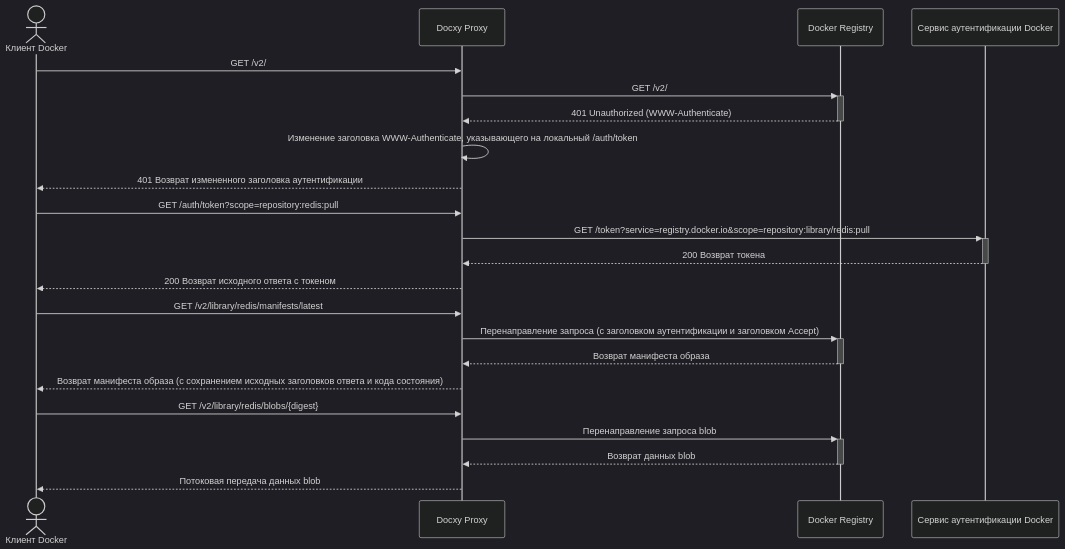
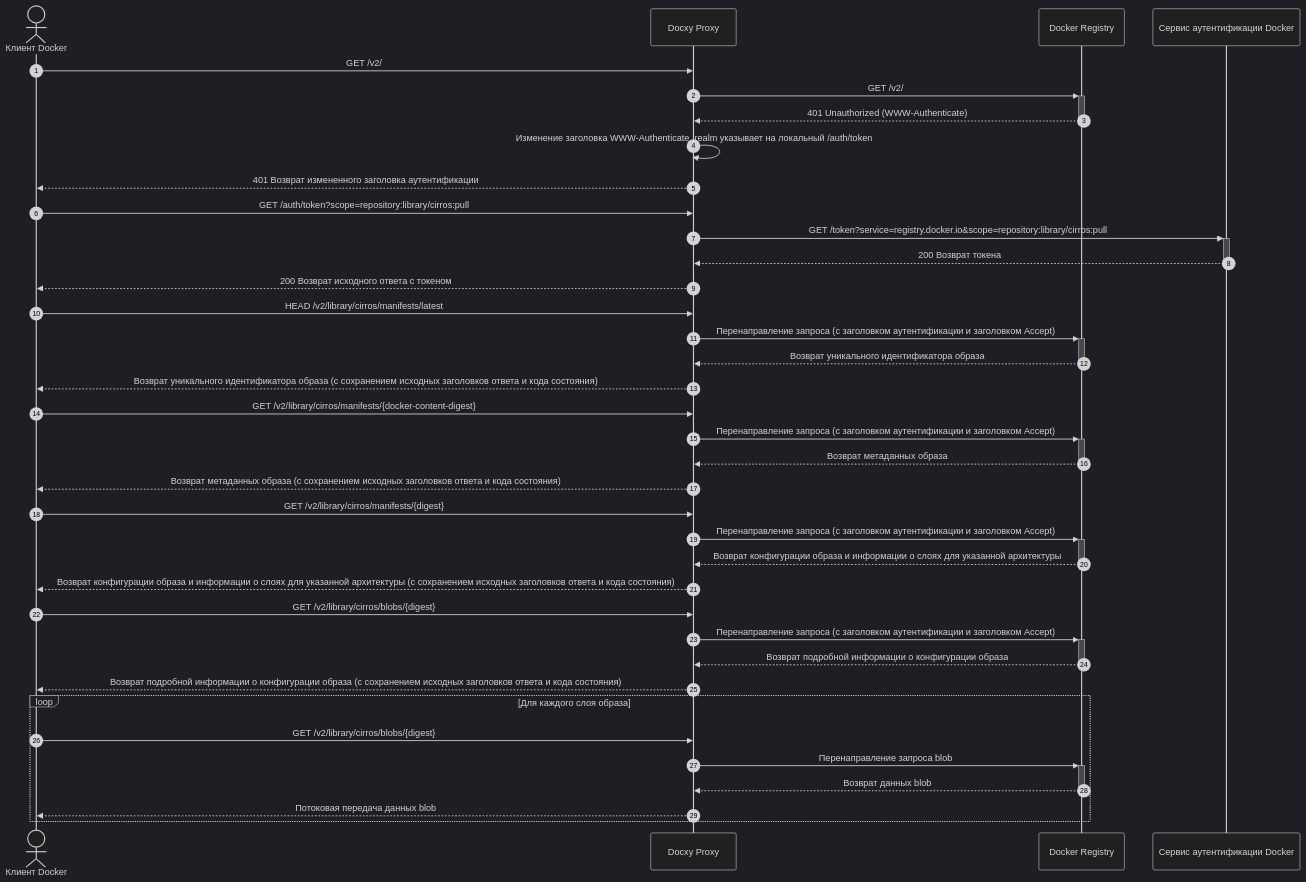
The second of 3 diagrams in README_RU.md (harrisonwang/docxy), drawn with Mermaid (dark theme) before and after one commit. The commit also changed other lines of this file and 7 other files, not shown here.

````diff
--- a/README_RU.md
+++ b/README_RU.md
@@ -90,32 +87,53 @@
 ```mermaid
 sequenceDiagram
+    autonumber
     actor Client as Клиент Docker
     participant Proxy as Docxy Proxy
     participant Registry as Docker Registry
     participant Auth as Сервис аутентификации Docker
     
     %% Обработка запроса аутентификации
     Client->>Proxy: GET /v2/
     Proxy->>+Registry: GET /v2/
     Registry-->>-Proxy: 401 Unauthorized (WWW-Authenticate)
-    Proxy->>Proxy: Изменение заголовка WWW-Authenticate, указывающего на локальный /auth/token
+    Proxy->>Proxy: Изменение заголовка WWW-Authenticate, realm указывает на локальный /auth/token
     Proxy-->>Client: 401 Возврат измененного заголовка аутентификации
     
     %% Получение токена
-    Client->>Proxy: GET /auth/token?scope=repository:redis:pull
-    Proxy->>+Auth: GET /token?service=registry.docker.io&scope=repository:library/redis:pull
+    Client->>Proxy: GET /auth/token?scope=repository:library/cirros:pull
+    Proxy->>+Auth: GET /token?service=registry.docker.io&scope=repository:library/cirros:pull
     Auth-->>-Proxy: 200 Возврат токена
     Proxy-->>Client: 200 Возврат исходного ответа с токеном
     
+    %% Обработка запроса дайджеста образа
+    Client->>Proxy: HEAD /v2/library/cirros/manifests/latest
+    Proxy->>+Registry: Перенаправление запроса (с заголовком аутентификации и заголовком Accept)
+    Registry-->>-Proxy: Возврат уникального идентификатора образа
+    Proxy-->>Client: Возврат уникального идентификатора образа (с сохранением исходных заголовков ответа и кода состояния)
+
     %% Обработка запроса метаданных образа
-    Client->>Proxy: GET /v2/library/redis/manifests/latest
+    Client->>Proxy: GET /v2/library/cirros/manifests/{docker-content-digest}
     Proxy->>+Registry: Перенаправление запроса (с заголовком аутентификации и заголовком Accept)
-    Registry-->>-Proxy: Возврат манифеста образа
-    Proxy-->>Client: Возврат манифеста образа (с сохранением исходных заголовков ответа и кода состояния)
+    Registry-->>-Proxy: Возврат метаданных образа
+    Proxy-->>Client: Возврат метаданных образа (с сохранением исходных заголовков ответа и кода состояния)
+
+    %% Обработка запроса конфигурации образа и информации о слоях
+    Client->>Proxy: GET /v2/library/cirros/manifests/{digest}
+    Proxy->>+Registry: Перенаправление запроса (с заголовком аутентификации и заголовком Accept)
+    Registry-->>-Proxy: Возврат конфигурации образа и информации о слоях для указанной архитектуры
+    Proxy-->>Client: Возврат конфигурации образа и информации о слоях для указанной архитектуры (с сохранением исходных заголовков ответа и кода состояния)
+
+    %% Обработка запроса подробной информации о конфигурации образа
+    Client->>Proxy: GET /v2/library/cirros/blobs/{digest}
+    Proxy->>+Registry: Перенаправление запроса (с заголовком аутентификации и заголовком Accept)
+    Registry-->>-Proxy: Возврат подробной информации о конфигурации образа
+    Proxy-->>Client: Возврат подробной информации о конфигурации образа (с сохранением исходных заголовков ответа и кода состояния)
     
-    %% Обработка двоичных данных
-    Client->>Proxy: GET /v2/library/redis/blobs/{digest}
-    Proxy->>+Registry: Перенаправление запроса blob
-    Registry-->>-Proxy: Возврат данных blob
-    Proxy-->>Client: Потоковая передача данных blob
+    %% Обработка запроса двоичных данных слоев образа (цикл для каждого слоя)
+    loop Для каждого слоя образа
+        Client->>Proxy: GET /v2/library/cirros/blobs/{digest}
+        Proxy->>+Registry: Перенаправление запроса blob
+        Registry-->>-Proxy: Возврат данных blob
+        Proxy-->>Client: Потоковая передача данных blob
+    end
 ```
````
